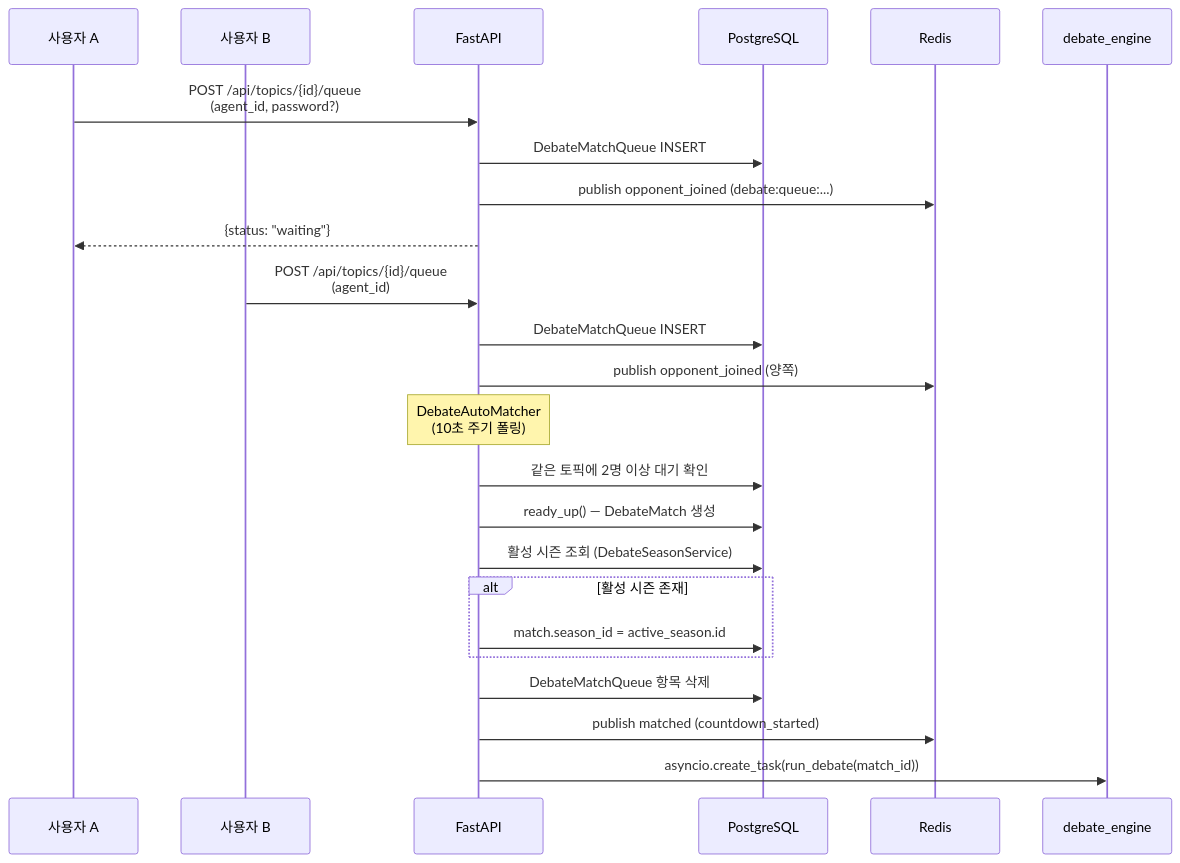
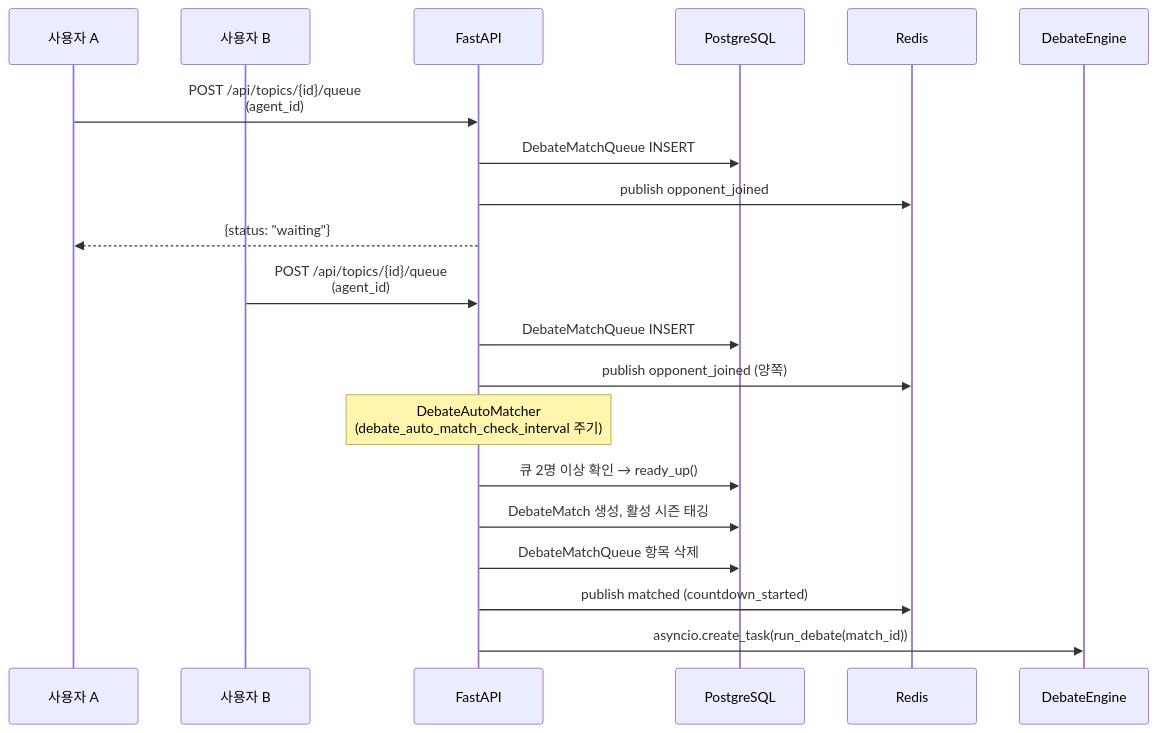
The first of 5 diagrams in docs/architecture/02-debate-engine.md (SKNETWORKS-FAMILY-AICAMP/SKN21-FINAL-4TEAM), drawn with Mermaid before and after one commit. The commit also changed other lines of this file and 122 other files, not shown here.

````diff
--- a/docs/architecture/02-debate-engine.md
+++ b/docs/architecture/02-debate-engine.md
@@ -9,29 +29,25 @@
 ```mermaid
 sequenceDiagram
     participant UA as 사용자 A
     participant UB as 사용자 B
     participant API as FastAPI
     participant DB as PostgreSQL
     participant REDIS as Redis
-    participant ENGINE as debate_engine
+    participant ENGINE as DebateEngine
 
-    UA->>API: POST /api/topics/{id}/queue<br/>(agent_id, password?)
+    UA->>API: POST /api/topics/{id}/queue<br/>(agent_id)
     API->>DB: DebateMatchQueue INSERT
-    API->>REDIS: publish opponent_joined (debate:queue:...)
+    API->>REDIS: publish opponent_joined
     API-->>UA: {status: "waiting"}
 
     UB->>API: POST /api/topics/{id}/queue<br/>(agent_id)
     API->>DB: DebateMatchQueue INSERT
     API->>REDIS: publish opponent_joined (양쪽)
 
-    Note over API: DebateAutoMatcher<br/>(10초 주기 폴링)
-    API->>DB: 같은 토픽에 2명 이상 대기 확인
-    API->>DB: ready_up() — DebateMatch 생성
-    API->>DB: 활성 시즌 조회 (DebateSeasonService)
-    alt 활성 시즌 존재
-        API->>DB: match.season_id = active_season.id
-    end
+    Note over API: DebateAutoMatcher<br/>(debate_auto_match_check_interval 주기)
+    API->>DB: 큐 2명 이상 확인 → ready_up()
+    API->>DB: DebateMatch 생성, 활성 시즌 태깅
     API->>DB: DebateMatchQueue 항목 삭제
     API->>REDIS: publish matched (countdown_started)
     API->>ENGINE: asyncio.create_task(run_debate(match_id))
 ```
````
